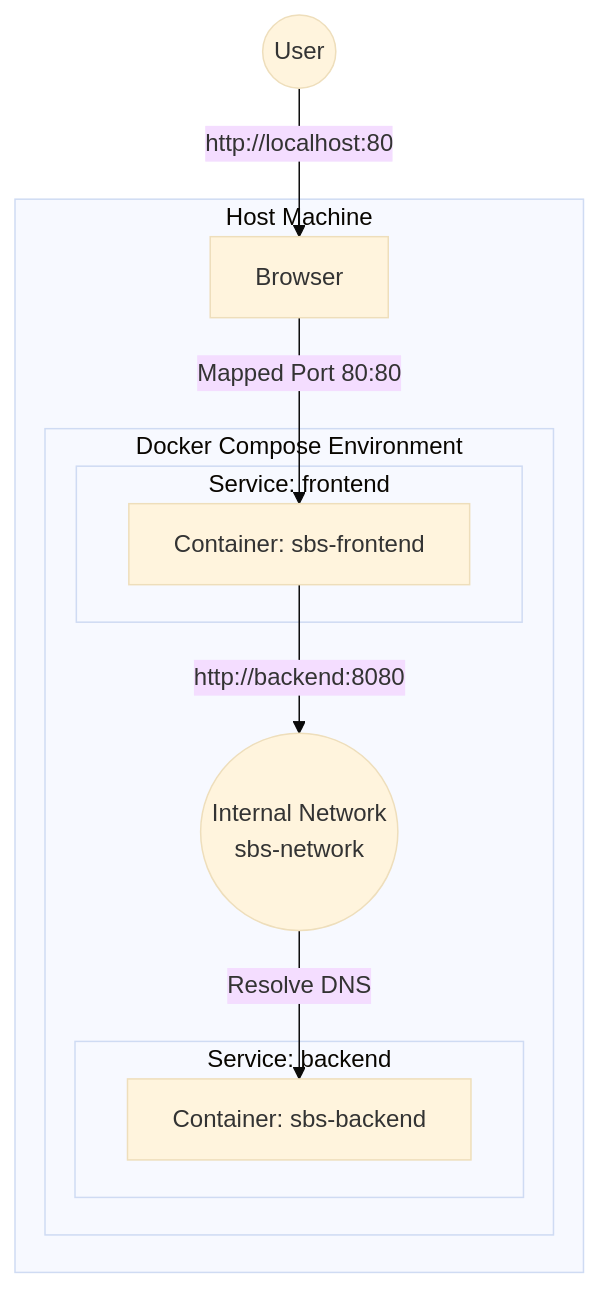
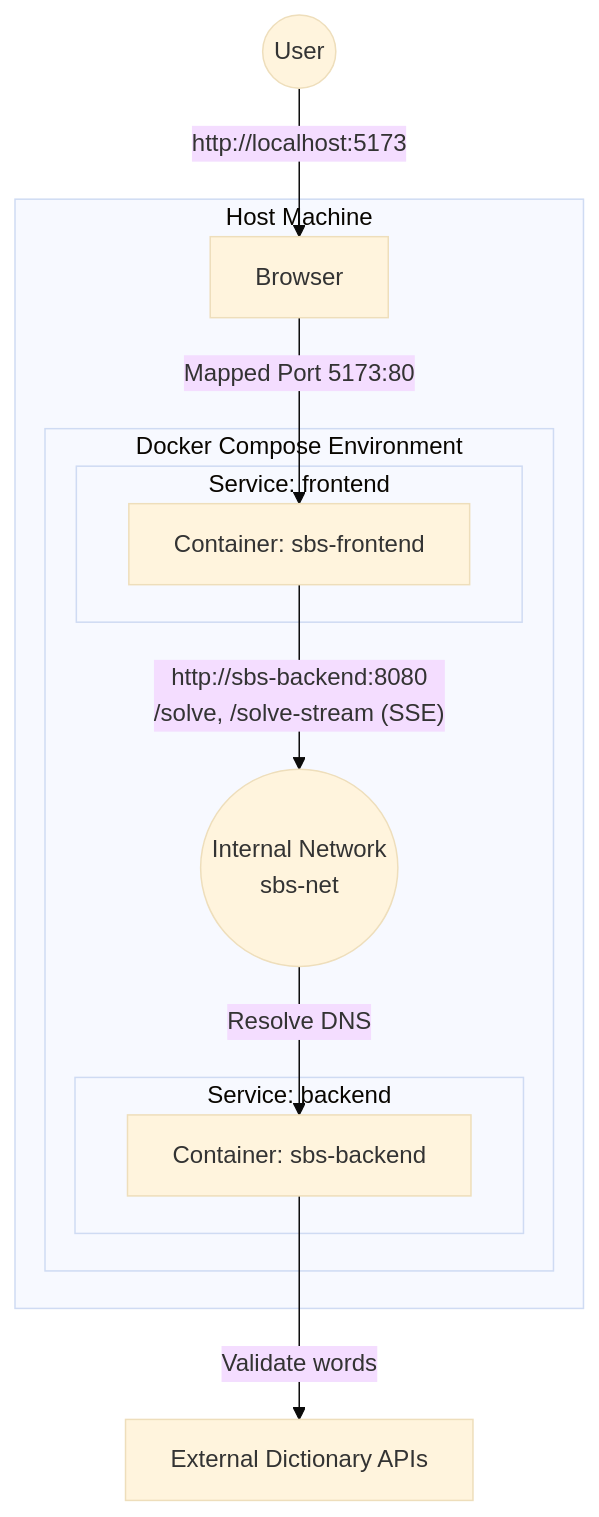
Before and after one commit to wkusnierczyk/spelling-bee-solver: the diagram in architecture/compose.mmd, drawn with Mermaid (base theme). The commit also changed 6 other files, not shown here.

First line of the commit message:
Update architecture diagrams and nginx configs for SSE

```diff
--- a/architecture/compose.mmd
+++ b/architecture/compose.mmd
@@ -1,23 +1,26 @@
 graph TD
     User((User))
-    
+
     subgraph "Host Machine"
         Browser[Browser]
-        
+
         subgraph "Docker Compose Environment"
-            Net((Internal Network<br/>sbs-network))
-            
+            Net((Internal Network<br/>sbs-net))
+
             subgraph "Service: frontend"
                 FrontContainer["Container: sbs-frontend"]
             end
-            
+
             subgraph "Service: backend"
                 BackContainer["Container: sbs-backend"]
             end
         end
     end
 
-    User -->|http://localhost:80| Browser
-    Browser -->|Mapped Port 80:80| FrontContainer
-    FrontContainer -->|http://backend:8080| Net
+    ExternalAPIs["External Dictionary APIs"]
+
+    User -->|http://localhost:5173| Browser
+    Browser -->|"Mapped Port 5173:80"| FrontContainer
+    FrontContainer -->|"http://sbs-backend:8080<br/>/solve, /solve-stream (SSE)"| Net
     Net -->|Resolve DNS| BackContainer
+    BackContainer -->|Validate words| ExternalAPIs
```
